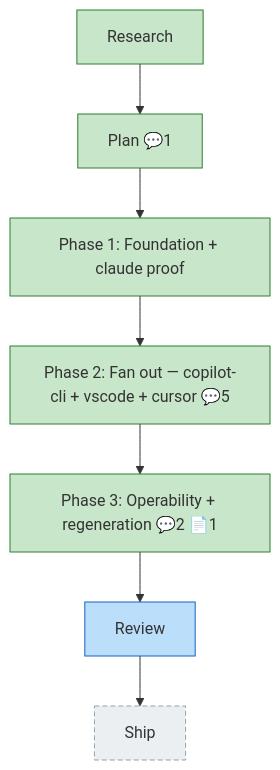
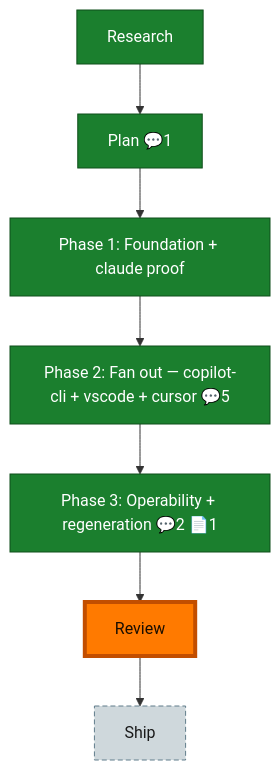
One commit to AI-Substrate/harness-engineering changed the diagram in docs/plans/037-telemetry-fixture-corpus/the-flow.md. Above: the diagram before and after it, drawn with Mermaid. The commit also changed other lines of this file and 53 other files, not shown here.

First line of the commit message:
docs: close out flow states + land prior-session artifacts (034-052)

````diff
--- a/docs/plans/037-telemetry-fixture-corpus/the-flow.md
+++ b/docs/plans/037-telemetry-fixture-corpus/the-flow.md
@@ -8,30 +8,18 @@
 ```mermaid
 flowchart TD
-    ship["Ship"]:::assumed
+    research["Research"]:::done
     plan["Plan 💬1"]:::done
-    research["Research"]:::done
     phase_1["Phase 1: Foundation + claude proof"]:::done
     phase_2["Phase 2: Fan out — copilot-cli + vscode + cursor 💬5"]:::done
     phase_3["Phase 3: Operability + regeneration 💬2 📄1"]:::done
     review["Review"]:::known
+    ship["Ship"]:::assumed
 
-    plan --> phase_1
-    research --> plan
-    phase_1 --> phase_2
-    phase_2 --> phase_3
-    phase_3 --> review
-    review --> ship
+    research --> plan --> phase_1 --> phase_2 --> phase_3 --> review --> ship
 
-    classDef done fill:#C8E6C9,stroke:#2E7D32;
-    classDef wip fill:#FFE0B2,stroke:#EF6C00;
-    classDef blocked fill:#FFCDD2,stroke:#C62828;
-    classDef known fill:#BBDEFB,stroke:#1565C0;
-    classDef assumed fill:#ECEFF1,stroke:#90A4AE,stroke-dasharray:5 3;
-    classDef said fill:#FFF9C4,stroke:#F9A825;
-    classDef harness fill:#EDE7F6,stroke:#673AB7;
-    classDef decision fill:#FFF3E0,stroke:#FB8C00,stroke-dasharray:2 2;
-    classDef companion fill:#D1C4E9,stroke:#5E35B1;
-    classDef worker fill:#B2DFDB,stroke:#00897B;
-    classDef chore fill:#E0F2F1,stroke:#00897B,stroke-dasharray:3 2;
-    classDef unknown fill:#FAFAFA,stroke:#BDBDBD,stroke-dasharray:1 4;
+    classDef done fill:#1B7F2E,stroke:#0F4F1B,color:#fff;
+    classDef known fill:#1E73E8,stroke:#0D3F86,color:#fff;
+    classDef assumed fill:#CFD8DC,stroke:#607D8B,color:#1a1a1a,stroke-dasharray:5 3;
+    classDef current fill:#FF7A00,stroke:#C24E00,color:#1a0e00,stroke-width:4px;
+    class review current;
 ```
````
